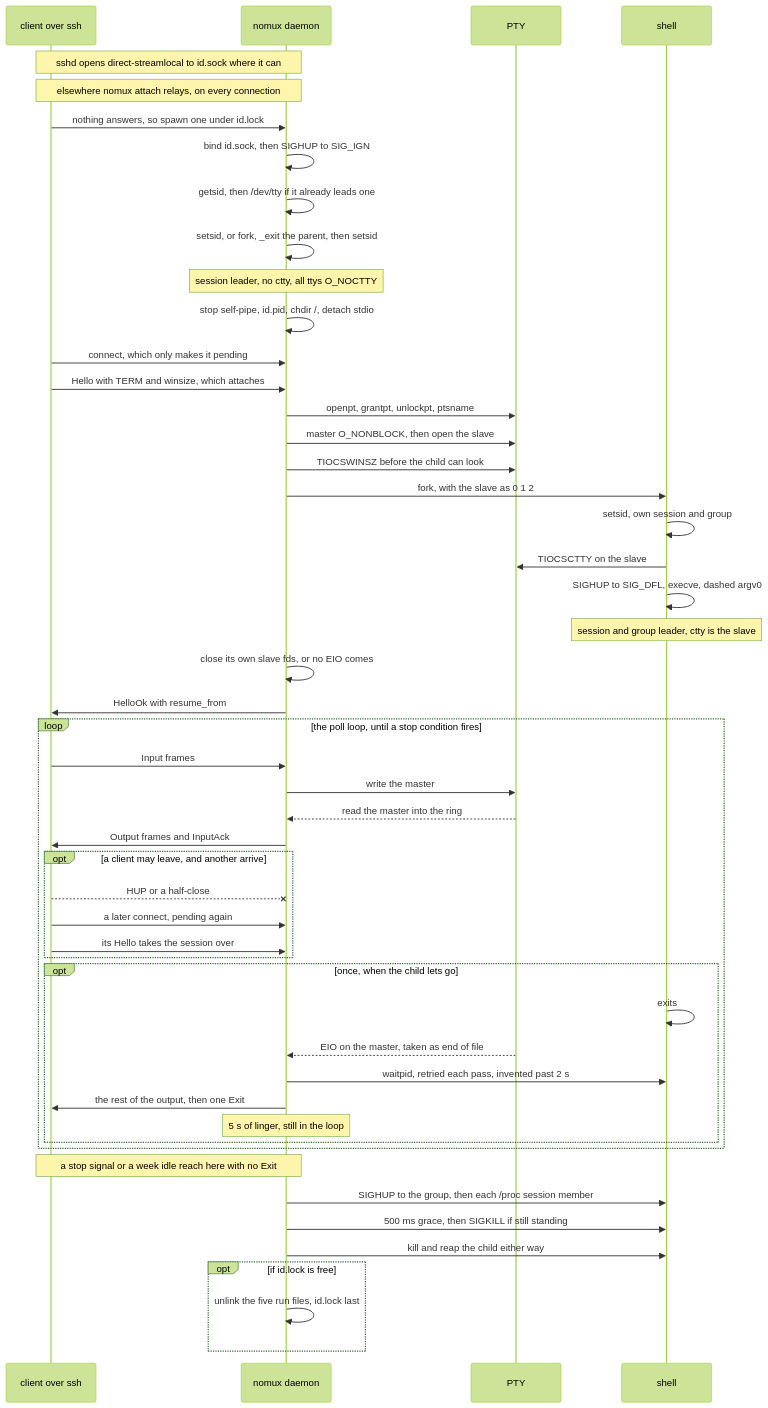
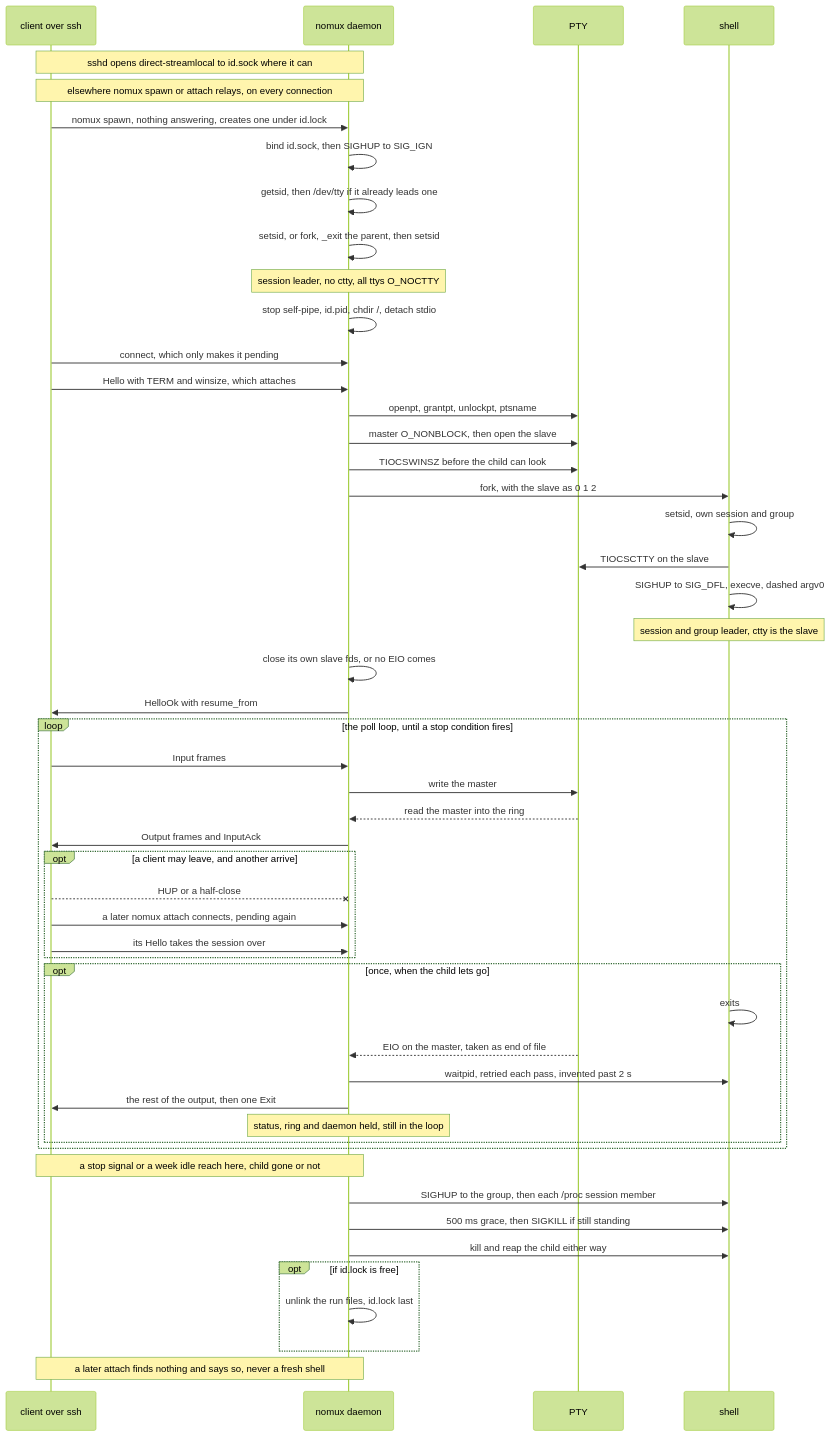
One commit to fornwall/nomux changed the diagram in README.md. Above: the diagram before and after it, drawn with Mermaid (forest theme). The commit also changed other lines of this file and 38 other files, not shown here.

````diff
--- a/README.md
+++ b/README.md
@@ -59,53 +61,54 @@
 ```mermaid
 sequenceDiagram
   participant C as client over ssh
   participant D as nomux daemon
   participant T as PTY
   participant S as shell
 
   Note over C,D: sshd opens direct-streamlocal to id.sock where it can
-  Note over C,D: elsewhere nomux attach relays, on every connection
-  C->>D: nothing answers, so spawn one under id.lock
+  Note over C,D: elsewhere nomux spawn or attach relays, on every connection
+  C->>D: nomux spawn, nothing answering, creates one under id.lock
   D->>D: bind id.sock, then SIGHUP to SIG_IGN
   D->>D: getsid, then /dev/tty if it already leads one
   D->>D: setsid, or fork, _exit the parent, then setsid
   Note over D: session leader, no ctty, all ttys O_NOCTTY
   D->>D: stop self-pipe, id.pid, chdir /, detach stdio
   C->>D: connect, which only makes it pending
   C->>D: Hello with TERM and winsize, which attaches
   D->>T: openpt, grantpt, unlockpt, ptsname
   D->>T: master O_NONBLOCK, then open the slave
   D->>T: TIOCSWINSZ before the child can look
   D->>S: fork, with the slave as 0 1 2
   S->>S: setsid, own session and group
   S->>T: TIOCSCTTY on the slave
   S->>S: SIGHUP to SIG_DFL, execve, dashed argv0
   Note over S: session and group leader, ctty is the slave
   D->>D: close its own slave fds, or no EIO comes
   D->>C: HelloOk with resume_from
   loop the poll loop, until a stop condition fires
     C->>D: Input frames
     D->>T: write the master
     T-->>D: read the master into the ring
     D->>C: Output frames and InputAck
     opt a client may leave, and another arrive
       C--xD: HUP or a half-close
-      C->>D: a later connect, pending again
+      C->>D: a later nomux attach connects, pending again
       C->>D: its Hello takes the session over
     end
     opt once, when the child lets go
       S->>S: exits
       T-->>D: EIO on the master, taken as end of file
       D->>S: waitpid, retried each pass, invented past 2 s
       D->>C: the rest of the output, then one Exit
-      Note over D: 5 s of linger, still in the loop
+      Note over D: status, ring and daemon held, still in the loop
     end
   end
-  Note over C,D: a stop signal or a week idle reach here with no Exit
+  Note over C,D: a stop signal or a week idle reach here, child gone or not
   D->>S: SIGHUP to the group, then each /proc session member
   D->>S: 500 ms grace, then SIGKILL if still standing
   D->>S: kill and reap the child either way
   opt if id.lock is free
-    D->>D: unlink the five run files, id.lock last
+    D->>D: unlink the run files, id.lock last
   end
+  Note over C,D: a later attach finds nothing and says so, never a fresh shell
 ```
````
